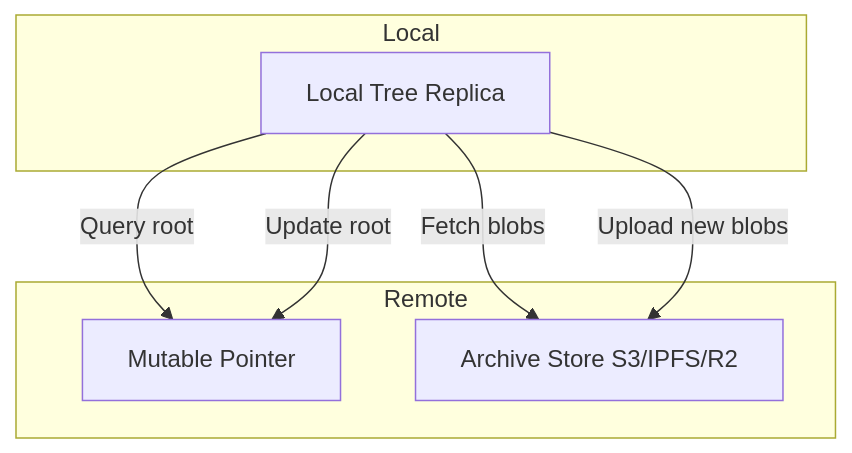
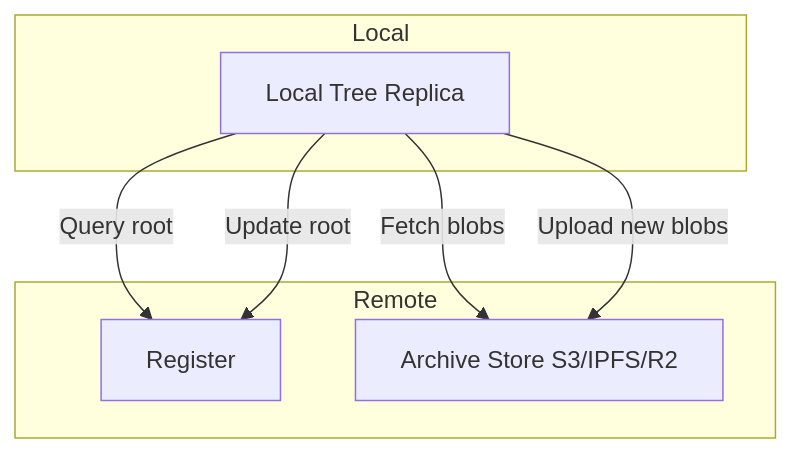
Before and after one commit to dialog-db/dialog-db: the first of 2 diagrams in notes/sync.md, drawn with Mermaid. The commit also changed other lines of this file, not shown here.

````diff
--- a/notes/sync.md
+++ b/notes/sync.md
@@ -15,16 +15,16 @@
 ```mermaid
 graph TD
     subgraph Remote
-        A[Mutable Pointer]
+        A[Register]
         B[Archive Store S3/IPFS/R2]
     end
 
     subgraph Local
         C[Local Tree Replica]
     end
 
     C -- Query root --> A
     C -- Fetch blobs --> B
     C -- Upload new blobs --> B
     C -- Update root --> A
 ```
````
